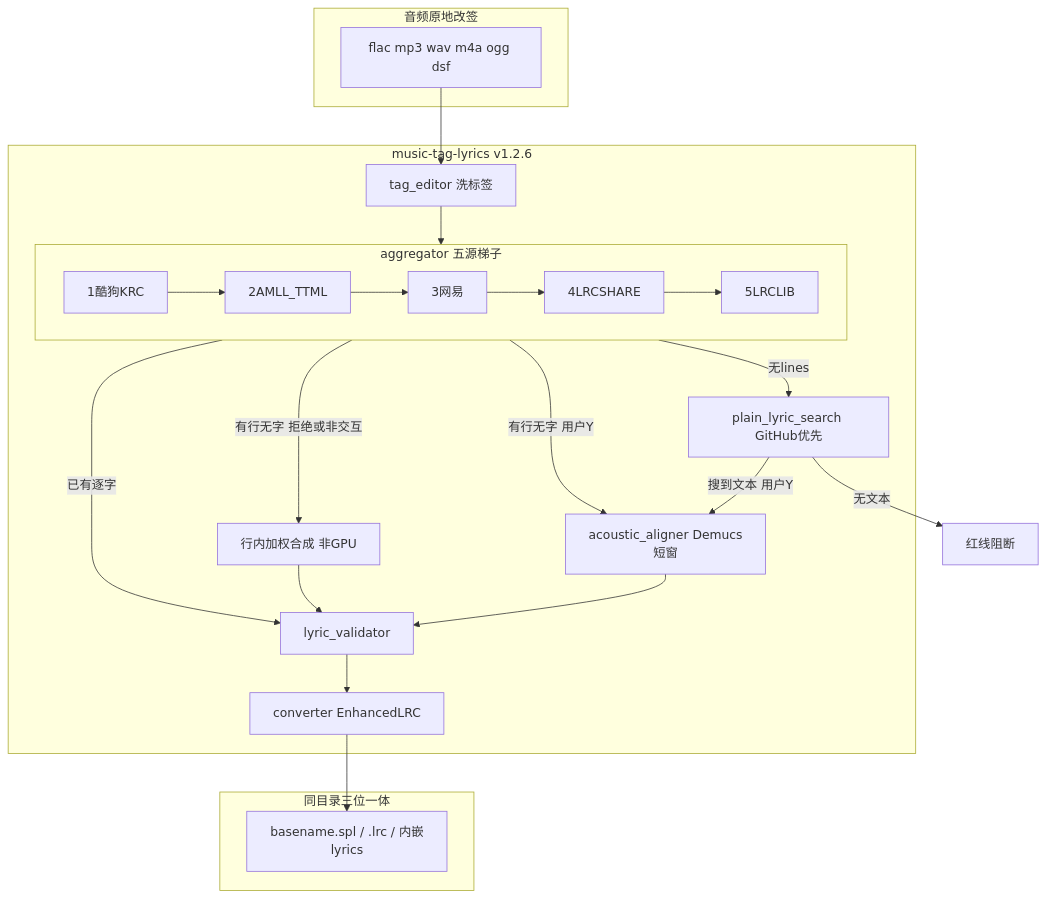
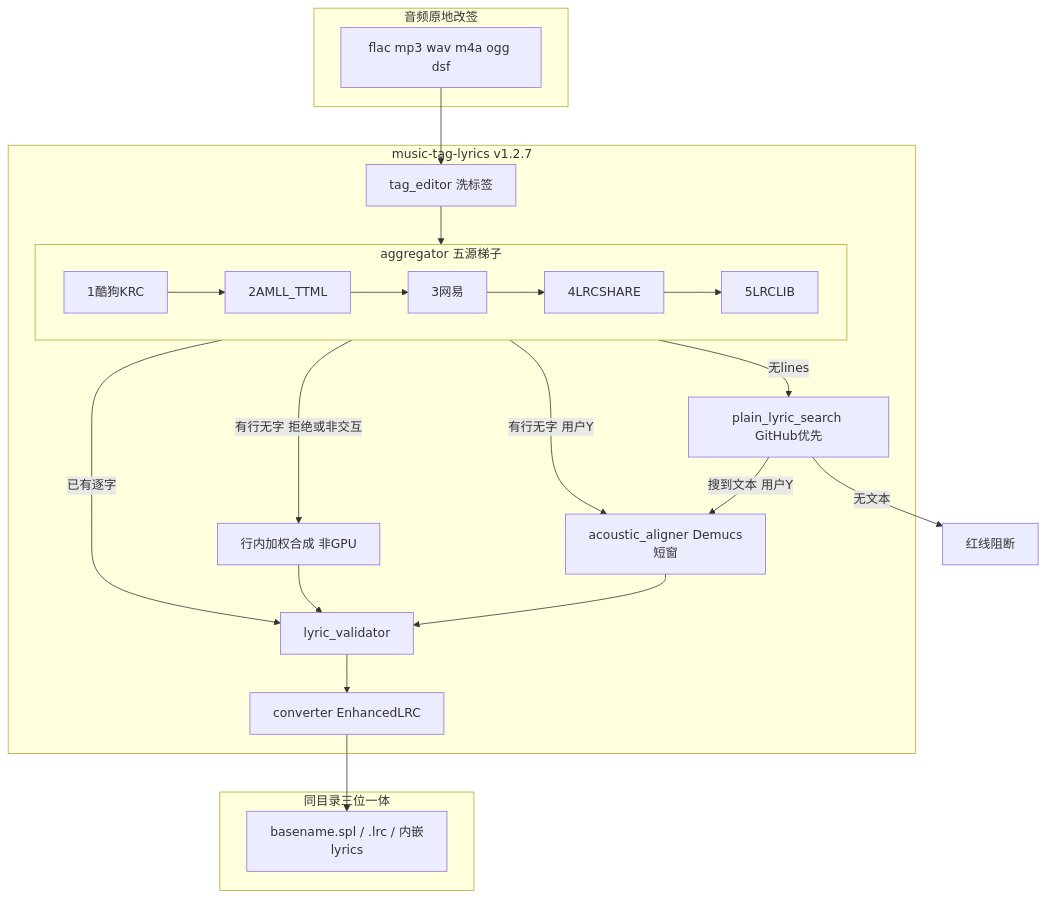
One commit to sxsxhhi/music-tag-lyrics changed the first of 2 diagrams in README.md. Above: the diagram before and after it, drawn with Mermaid. The commit also changed other lines of this file and 10 other files, not shown here.

````diff
--- a/README.md
+++ b/README.md
@@ -62,35 +65,35 @@
 ```mermaid
 flowchart TD
   subgraph host [音频原地改签]
     Audio[flac mp3 wav m4a ogg dsf]
   end
-  subgraph skill [music-tag-lyrics v1.2.6]
+  subgraph skill [music-tag-lyrics v1.2.7]
     Tags[tag_editor 洗标签]
     subgraph agg [aggregator 五源梯子]
       Kugou[1酷狗KRC]
       Amll[2AMLL_TTML]
       Netease[3网易]
       Lrcs[4LRCSHARE]
       Lrclib[5LRCLIB]
       Kugou --> Amll --> Netease --> Lrcs --> Lrclib
     end
     Valid[lyric_validator]
     Conv[converter EnhancedLRC]
     GPU[acoustic_aligner Demucs短窗]
     Synth[行内加权合成 非GPU]
     Search[plain_lyric_search GitHub优先]
   end
   subgraph out [同目录三位一体]
     Files["basename.spl / .lrc / 内嵌lyrics"]
   end
   Audio --> Tags --> agg
   agg -->|已有逐字| Valid
   agg -->|有行无字 用户Y| GPU
   agg -->|有行无字 拒绝或非交互| Synth
   agg -->|无lines| Search
   Search -->|搜到文本 用户Y| GPU
   Search -->|无文本| Block[红线阻断]
   GPU --> Valid
   Synth --> Valid
   Valid --> Conv --> Files
 ```
````
